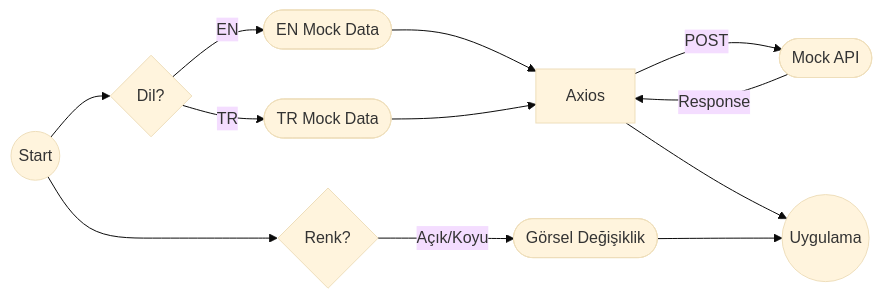
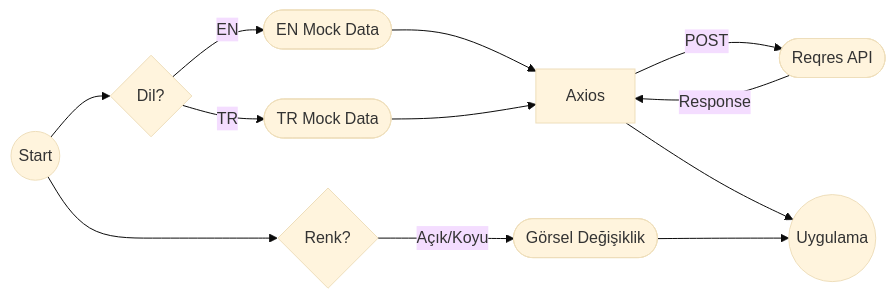
One commit to Workintech/FSWeb-Frontend-Challenge changed the diagram in README.md. Above: the diagram before and after it, drawn with Mermaid (base theme). The commit also changed other lines of this file, not shown here.

````diff
--- a/README.md
+++ b/README.md
@@ -52,10 +53,10 @@
 ```mermaid
 graph LR
 A((Start)) -->B{Dil?}-- EN --> C([EN Mock Data])
 A --> G{Renk?}
 B-- TR --> D([TR Mock Data])
-C --> E[Axios] -- POST --> I([Mock API])
+C --> E[Axios] -- POST --> I([Reqres API])
 I -- Response --> E --> F((Uygulama))
 G -- Açık/Koyu --> H([Görsel Değişiklik]) --> F
 D --> E
 ```
````
